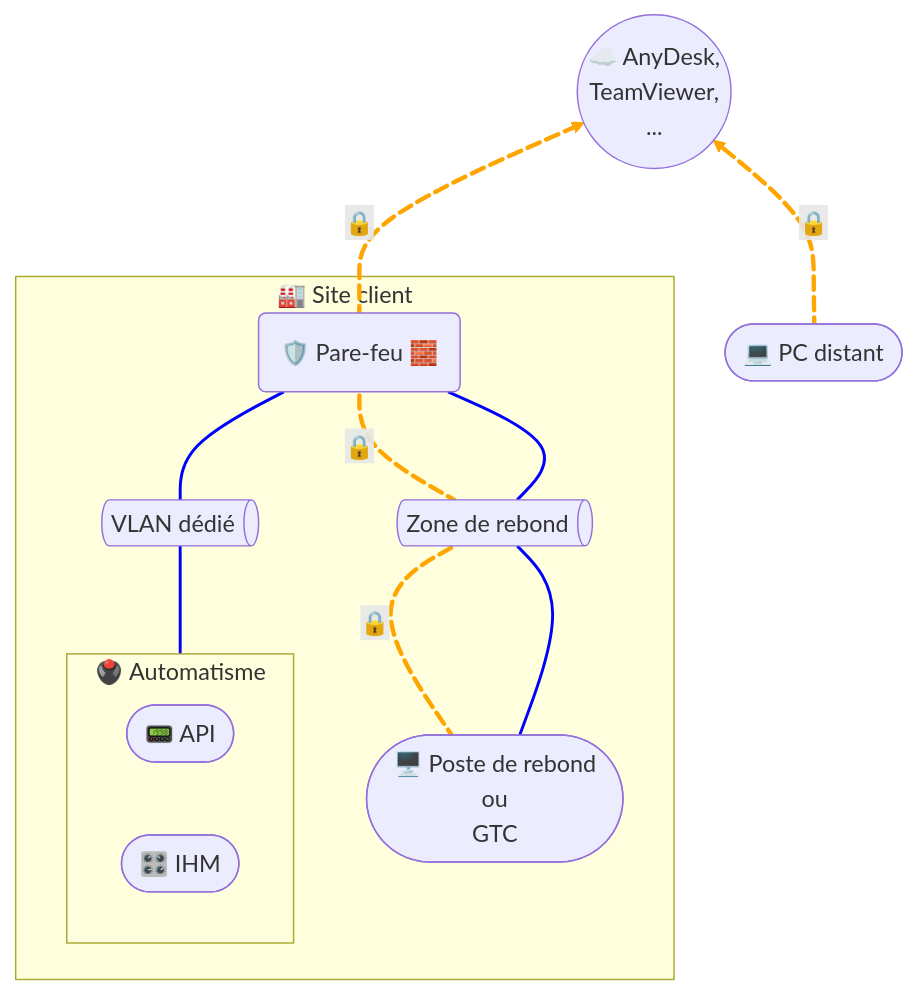
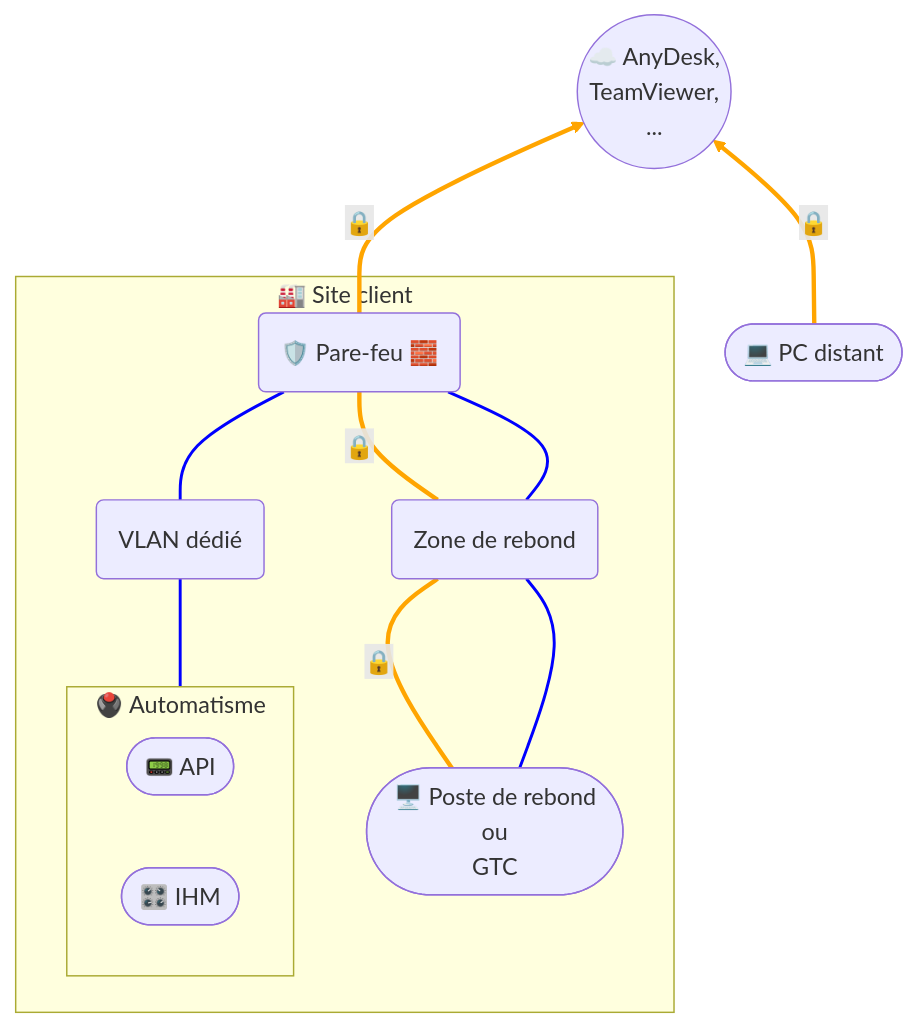
The diagram in docs/remote-access/remote-access-pmad.md (JohannPx/network-architectures), drawn with Mermaid before and after one commit. The commit also changed 7 other files, not shown here.

````diff
--- a/docs/remote-access/remote-access-pmad.md
+++ b/docs/remote-access/remote-access-pmad.md
@@ -5,53 +5,42 @@
 ```mermaid
 flowchart BT
 
     remote([💻 PC distant])
 
     pmad((☁️ AnyDesk,
     TeamViewer,
     ...))
 
     subgraph site [🏭 Site client]
         fw(🛡️ Pare-feu 🧱)
-        jumpAera@{ shape: das, label: "Zone de rebond" }
-        vlanAutomation@{ shape: das, label: "VLAN dédié" }
+        jumpAera(Zone de rebond)
+        vlanAutomation(VLAN dédié)
         jumpServer([🖥️ Poste de rebond
         ou
         GTC])
         subgraph automation [🖲️ Automatisme]
             direction RL
             plc([📟 API])
             hmi([🎛️ IHM])
         end
     end
 
-    remote e2@== 🔒 ==> pmad
-    e2@{ animation: fast }
-
-    fw e1@== 🔒 ==> pmad
-    e1@{ animation: fast }
-
-    jumpAera e3@ == 🔒 === fw
-    e3@{ animation: fast }
-
-    jumpServer e4@ == 🔒 === jumpAera
-    e4@{ animation: fast }
-
+    remote == 🔒 ==> pmad
+    fw == 🔒 ==> pmad
+    jumpAera == 🔒 === fw
+    jumpServer == 🔒 === jumpAera
     vlanAutomation === fw
-
     automation === vlanAutomation
-
     jumpServer --- jumpAera
-
     jumpAera --- fw
 
     linkStyle 0 stroke:orange,stroke-width:3px,color:orange;
     linkStyle 1 stroke:orange,stroke-width:3px,color:orange;
     linkStyle 2 stroke:orange,stroke-width:3px,color:orange;
     linkStyle 3 stroke:orange,stroke-width:3px,color:orange;
     linkStyle 4 stroke:blue,stroke-width:2px;
     linkStyle 5 stroke:blue,stroke-width:2px;
     linkStyle 6 stroke:blue,stroke-width:2px;
     linkStyle 7 stroke:blue,stroke-width:2px;
 
 ```
````
